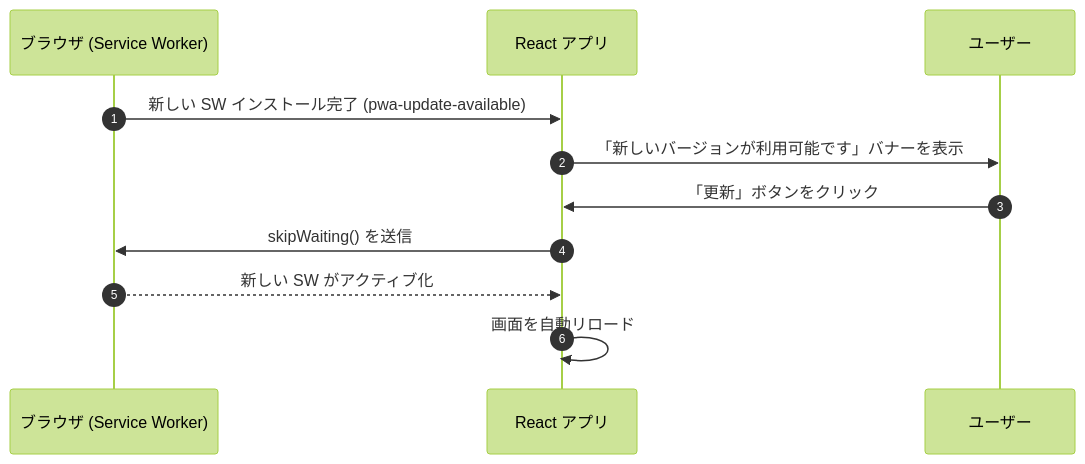
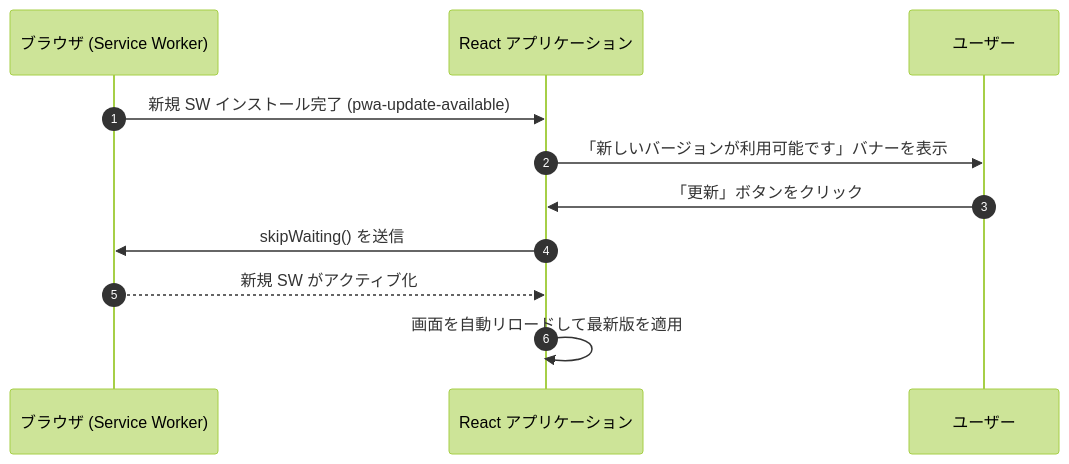
One commit to ScriptureHabit/scripture-habit changed the diagram in docs/ja/monitoring-observability.md. Above: the diagram before and after it, drawn with Mermaid (forest theme). The commit also changed other lines of this file and 57 other files, not shown here.

Commit message:
docs: refine documentation prose and add structured diagram breakdowns across JA and EN

````diff
--- a/docs/ja/monitoring-observability.md
+++ b/docs/ja/monitoring-observability.md
@@ -33,14 +33,14 @@
 ```mermaid
 sequenceDiagram
     autonumber
     participant Browser as ブラウザ (Service Worker)
-    participant App as React アプリ
+    participant App as React アプリケーション
     participant User as ユーザー
 
-    Browser->>App: 新しい SW インストール完了 (pwa-update-available)
+    Browser->>App: 新規 SW インストール完了 (pwa-update-available)
     App->>User: 「新しいバージョンが利用可能です」バナーを表示
     User->>App: 「更新」ボタンをクリック
     App->>Browser: skipWaiting() を送信
-    Browser-->>App: 新しい SW がアクティブ化
-    App->>App: 画面を自動リロード
+    Browser-->>App: 新規 SW がアクティブ化
+    App->>App: 画面を自動リロードして最新版を適用
 ```
````
